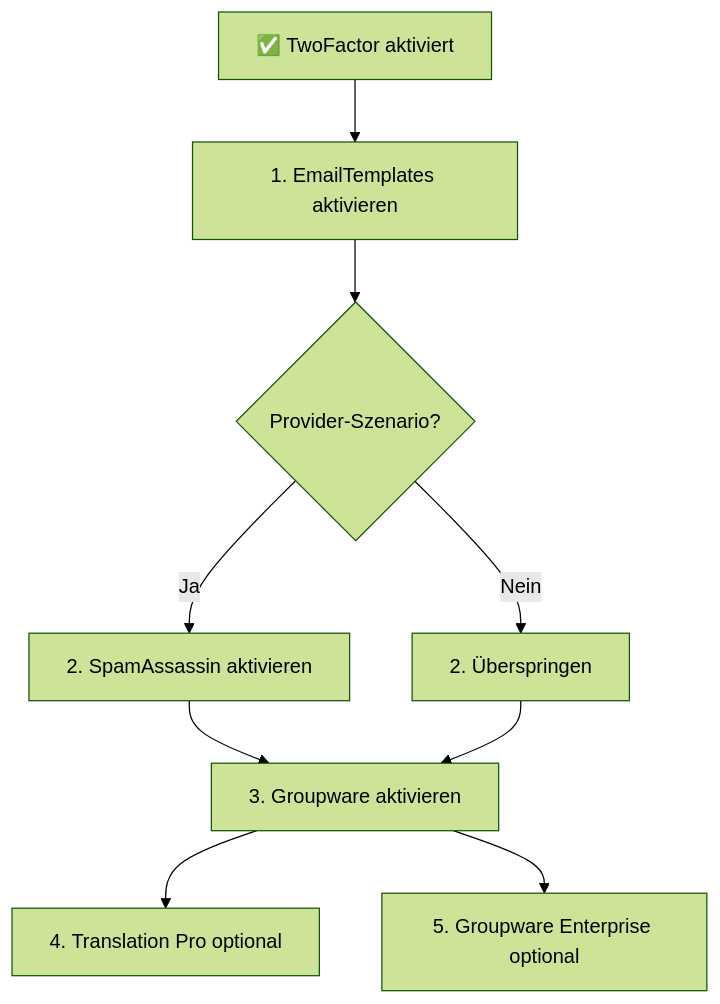
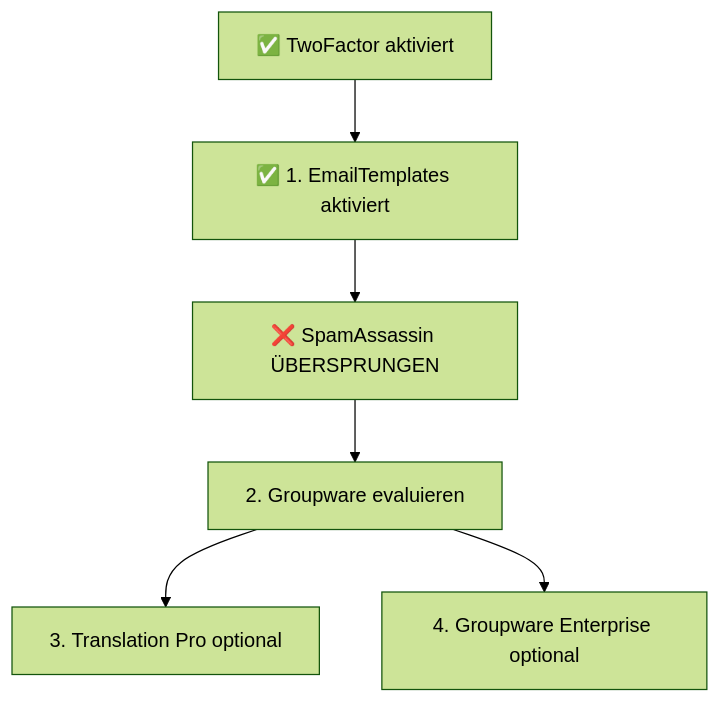
One commit to emailimmunity/b1gMail changed the diagram in docs/PLUGIN_INTEGRATION_PLAN.md. Above: the diagram before and after it, drawn with Mermaid (forest theme). The commit also changed other lines of this file and 1 other file, not shown here.

First line of the commit message:
docs: Clarify plugin roadmap - SpamAssassin NOT planned

````diff
--- a/docs/PLUGIN_INTEGRATION_PLAN.md
+++ b/docs/PLUGIN_INTEGRATION_PLAN.md
@@ -453,11 +443,8 @@
 ```mermaid
 graph TD
-    A[✅ TwoFactor aktiviert] --> B[1. EmailTemplates aktivieren]
-    B --> C{Provider-Szenario?}
-    C -->|Ja| D[2. SpamAssassin aktivieren]
-    C -->|Nein| E[2. Überspringen]
-    D --> F[3. Groupware aktivieren]
-    E --> F
-    F --> G[4. Translation Pro optional]
-    F --> H[5. Groupware Enterprise optional]
+    A[✅ TwoFactor aktiviert] --> B[✅ 1. EmailTemplates aktiviert]
+    B --> C[❌ SpamAssassin ÜBERSPRUNGEN]
+    C --> D[2. Groupware evaluieren]
+    D --> E[3. Translation Pro optional]
+    D --> F[4. Groupware Enterprise optional]
 ```
````
